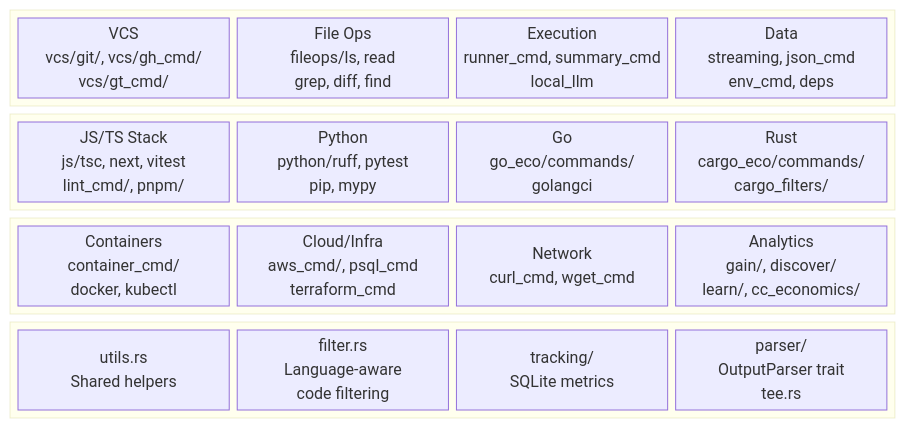
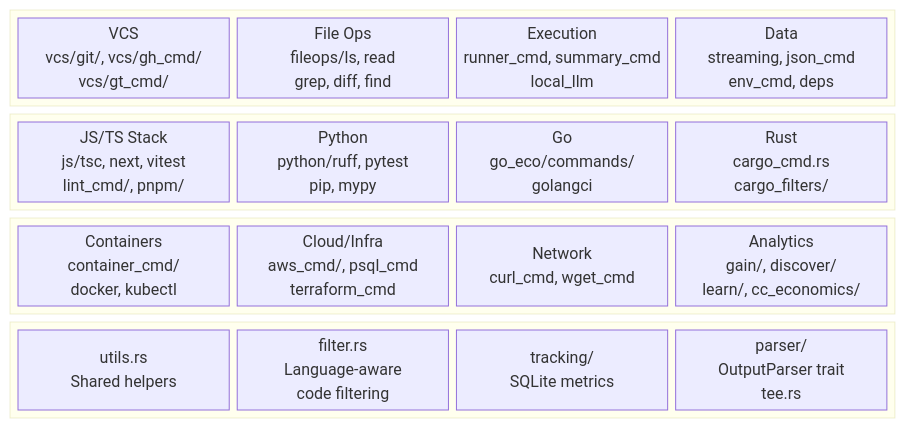
The fifth of 16 diagrams in docs/ARCHITECTURE.md (basidiocarp/mycelium), drawn with Mermaid before and after one commit. The commit also changed other lines of this file and 15 other files, not shown here.

````diff
--- a/docs/ARCHITECTURE.md
+++ b/docs/ARCHITECTURE.md
@@ -144,36 +144,36 @@
 ```mermaid
 block-beta
     columns 4
 
     block:VCS:4
         columns 4
         vcs["VCS\nvcs/git/, vcs/gh_cmd/\nvcs/gt_cmd/"]
         fileops["File Ops\nfileops/ls, read\ngrep, diff, find"]
         exec["Execution\nrunner_cmd, summary_cmd\nlocal_llm"]
         data["Data\nstreaming, json_cmd\nenv_cmd, deps"]
     end
 
     block:LANG:4
         columns 4
         js["JS/TS Stack\njs/tsc, next, vitest\nlint_cmd/, pnpm/"]
         python["Python\npython/ruff, pytest\npip, mypy"]
         gomod["Go\ngo_eco/commands/\ngolangci"]
-        rust["Rust\ncargo_eco/commands/\ncargo_filters/"]
+        rust["Rust\ncargo_cmd.rs\ncargo_filters/"]
     end
 
     block:INFRA:4
         columns 4
         containers["Containers\ncontainer_cmd/\ndocker, kubectl"]
         cloud["Cloud/Infra\naws_cmd/, psql_cmd\nterraform_cmd"]
         network["Network\ncurl_cmd, wget_cmd"]
         analytics["Analytics\ngain/, discover/\nlearn/, cc_economics/"]
     end
 
     block:SHARED:4
         columns 4
         utils["utils.rs\nShared helpers"]
         filter["filter.rs\nLanguage-aware\ncode filtering"]
         tracking["tracking/\nSQLite metrics"]
         parser["parser/\nOutputParser trait\ntee.rs"]
     end
 ```
````
